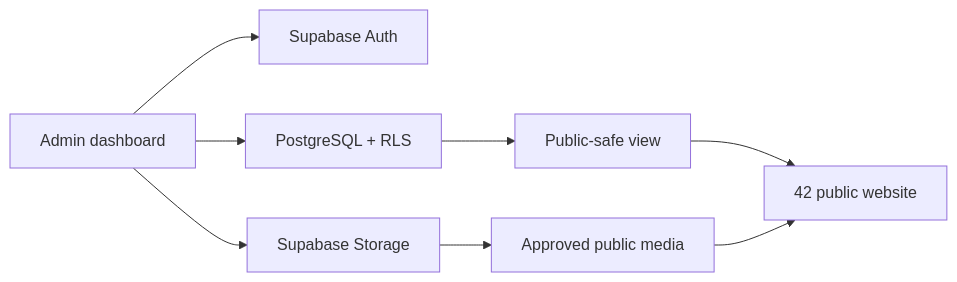
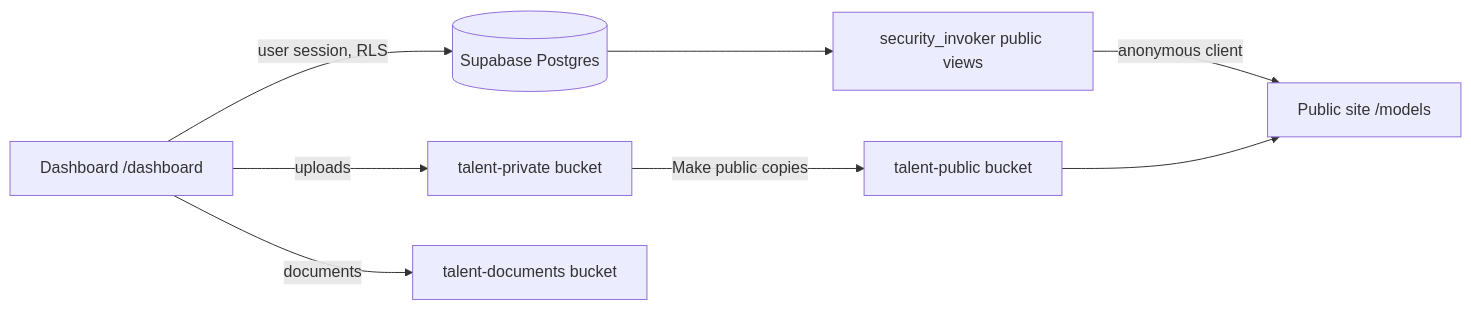
One commit to lennywheeler42-bit/42-Model-Management changed the diagram in docs/architecture.md. Above: the diagram before and after it, drawn with Mermaid. The commit also changed other lines of this file and 38 other files, not shown here.

````diff
--- a/docs/architecture.md
+++ b/docs/architecture.md
@@ -3,10 +3,10 @@
 ```mermaid
 flowchart LR
-  A[Admin dashboard] --> B[Supabase Auth]
-  A --> C[PostgreSQL + RLS]
-  A --> D[Supabase Storage]
-  C --> E[Public-safe view]
-  D --> F[Approved public media]
-  E --> G[42 public website]
-  F --> G
+  A[Dashboard /dashboard] -->|user session, RLS| B[(Supabase Postgres)]
+  A -->|uploads| P[talent-private bucket]
+  A -->|documents| D[talent-documents bucket]
+  P -->|Make public copies| Q[talent-public bucket]
+  B --> V[security_invoker public views]
+  V -->|anonymous client| W[Public site /models]
+  Q --> W
 ```
````
